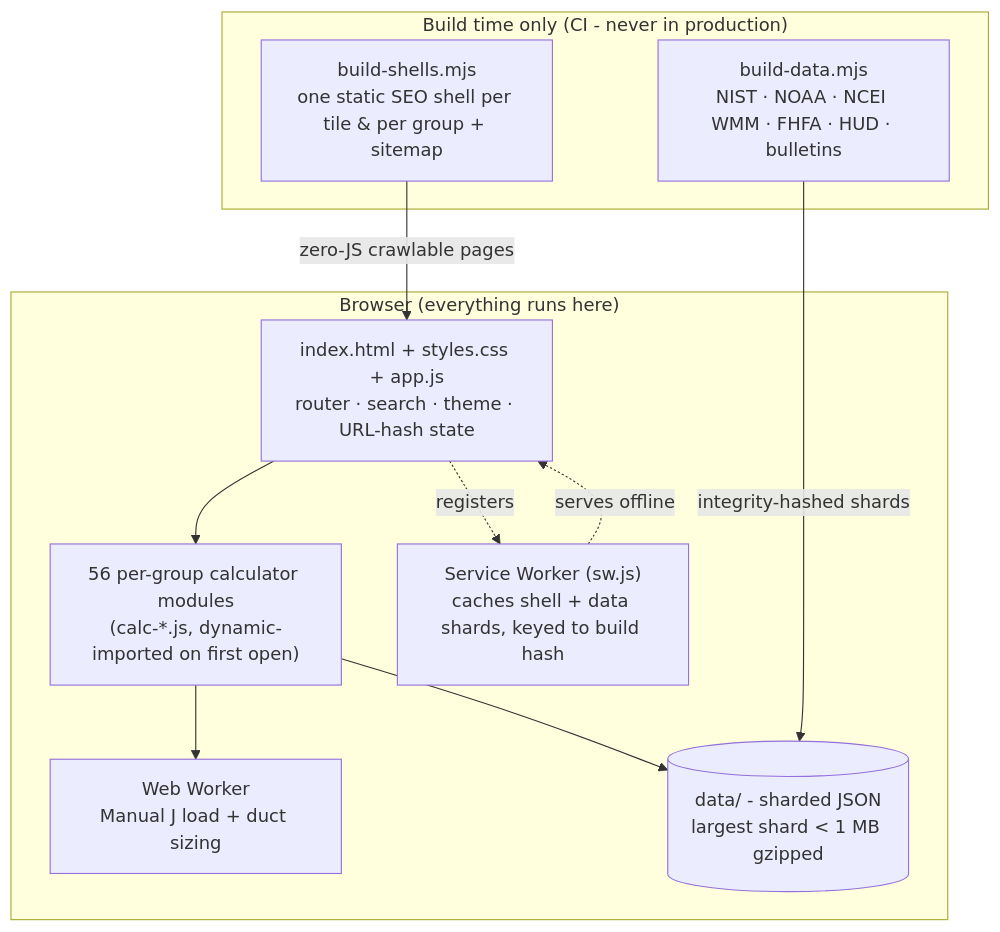
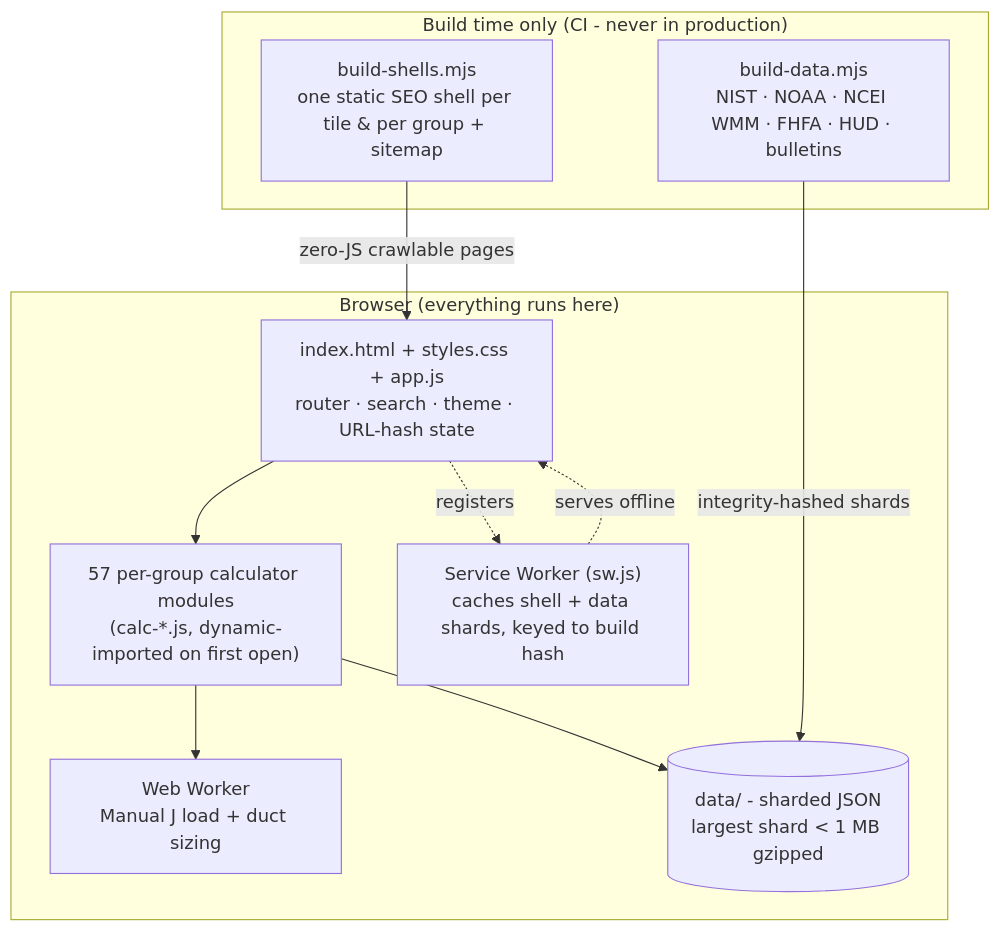
The first of 2 diagrams in README.md (clay-good/roughlogic.com), drawn with Mermaid before and after one commit. The commit also changed 12 other files, not shown here.

````diff
--- a/README.md
+++ b/README.md
@@ -65,22 +65,22 @@
 ```mermaid
 flowchart TD
     subgraph browser["Browser (everything runs here)"]
         shell["index.html + styles.css + app.js<br/>router · search · theme · URL-hash state"]
-        modules["56 per-group calculator modules<br/>(calc-*.js, dynamic-imported on first open)"]
+        modules["57 per-group calculator modules<br/>(calc-*.js, dynamic-imported on first open)"]
         worker["Web Worker<br/>Manual J load + duct sizing"]
         sw["Service Worker (sw.js)<br/>caches shell + data shards, keyed to build hash"]
         data[("data/ - sharded JSON<br/>largest shard &lt; 1 MB gzipped")]
         shell --> modules --> data
         modules --> worker
         shell -. registers .-> sw
         sw -. serves offline .-> shell
     end
 
     subgraph build["Build time only (CI - never in production)"]
         bd["build-data.mjs<br/>NIST · NOAA · NCEI WMM · FHFA · HUD · bulletins"]
         bs["build-shells.mjs<br/>one static SEO shell per tile & per group + sitemap"]
     end
 
     bd -->|"integrity-hashed shards"| data
     bs -->|"zero-JS crawlable pages"| shell
 ```
````
